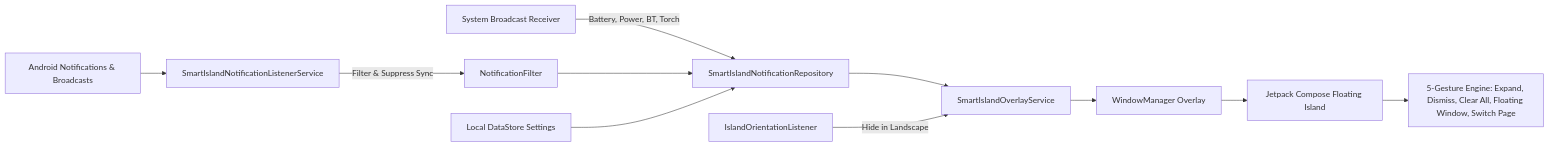
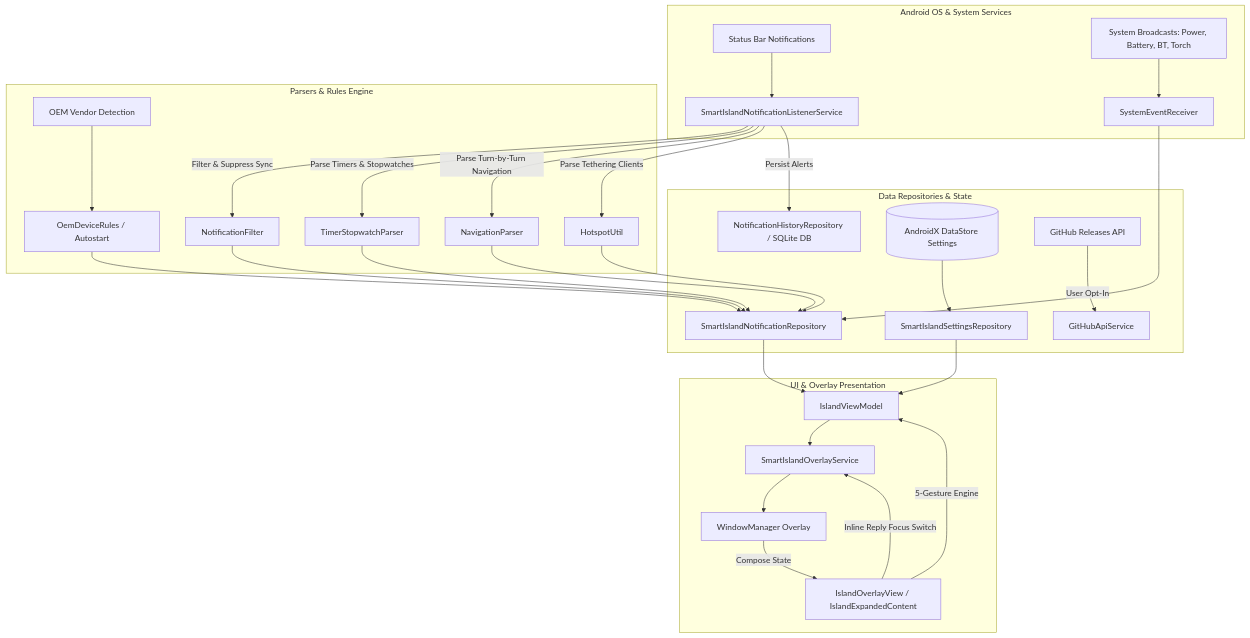
Before and after one commit to agupta07505/SmartIsland: the diagram in README.md, drawn with Mermaid. The commit also changed other lines of this file and 6 other files, not shown here.

Commit message:
docs: update README, CHANGELOG, ROADMAP, and architecture analysis for v5.1.0 release

````diff
--- a/README.md
+++ b/README.md
@@ -128,13 +152,37 @@
 ```mermaid
-flowchart LR
-    A[Android Notifications & Broadcasts] --> B[SmartIslandNotificationListenerService]
-    Sys[System Broadcast Receiver] -->|Battery, Power, BT, Torch| Repo[SmartIslandNotificationRepository]
-    B -->|Filter & Suppress Sync| C[NotificationFilter]
-    C --> Repo
-    E[Local DataStore Settings] --> Repo
-    Repo --> D[SmartIslandOverlayService]
-    Sensor[IslandOrientationListener] -->|Hide in Landscape| D
-    D --> F[WindowManager Overlay]
-    F --> G[Jetpack Compose Floating Island]
-    G --> H[5-Gesture Engine: Expand, Dismiss, Clear All, Floating Window, Switch Page]
+flowchart TD
+    subgraph System["Android OS & System Services"]
+        A[Status Bar Notifications] --> B[SmartIslandNotificationListenerService]
+        Sys[System Broadcasts: Power, Battery, BT, Torch] --> SER[SystemEventReceiver]
+    end
+
+    subgraph Parsers["Parsers & Rules Engine"]
+        B -->|Filter & Suppress Sync| NF[NotificationFilter]
+        B -->|Parse Timers & Stopwatches| TSP[TimerStopwatchParser]
+        B -->|Parse Turn-by-Turn Navigation| NP[NavigationParser]
+        B -->|Parse Tethering Clients| HU[HotspotUtil]
+        OEM[OEM Vendor Detection] --> ODR[OemDeviceRules / Autostart]
+    end
+
+    subgraph Repositories["Data Repositories & State"]
+        NF --> NR[SmartIslandNotificationRepository]
+        TSP --> NR
+        NP --> NR
+        HU --> NR
+        SER --> NR
+        ODR --> NR
+        B -->|Persist Alerts| NHD[NotificationHistoryRepository / SQLite DB]
+        DS[(AndroidX DataStore Settings)] --> SR[SmartIslandSettingsRepository]
+        GH[GitHub Releases API] -->|User Opt-In| GHS[GitHubApiService]
+    end
+
+    subgraph Presentation["UI & Overlay Presentation"]
+        NR --> VM[IslandViewModel]
+        SR --> VM
+        VM --> OS[SmartIslandOverlayService]
+        OS --> WM[WindowManager Overlay]
+        WM -->|Compose State| OV[IslandOverlayView / IslandExpandedContent]
+        OV -->|Inline Reply Focus Switch| OS
+        OV -->|5-Gesture Engine| VM
+    end
 ```
````
